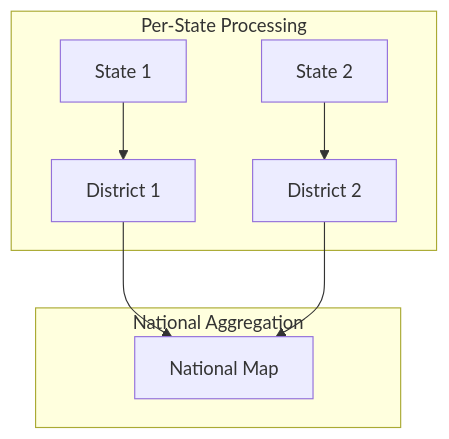
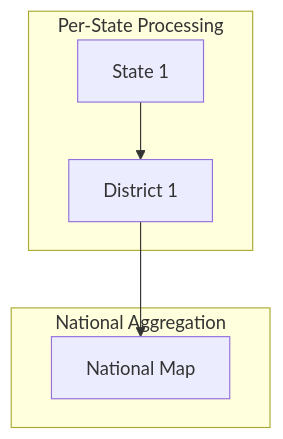
One commit to giodl73-repo/DEXTRO changed diagram 14 of 15 in .claude/skills/create-architecture-diagram/SKILL.md. Above: the diagram before and after it, drawn with Mermaid. The commit also changed other lines of this file and 3 other files, not shown here.

````diff
--- a/.claude/skills/create-architecture-diagram/SKILL.md
+++ b/.claude/skills/create-architecture-diagram/SKILL.md
@@ -500,12 +302,10 @@
 ```mermaid
 flowchart TD
     subgraph "Per-State Processing"
         A[State 1] --> B[District 1]
-        C[State 2] --> D[District 2]
     end
 
     subgraph "National Aggregation"
         B --> E[National Map]
-        D --> E
     end
 ```
````
